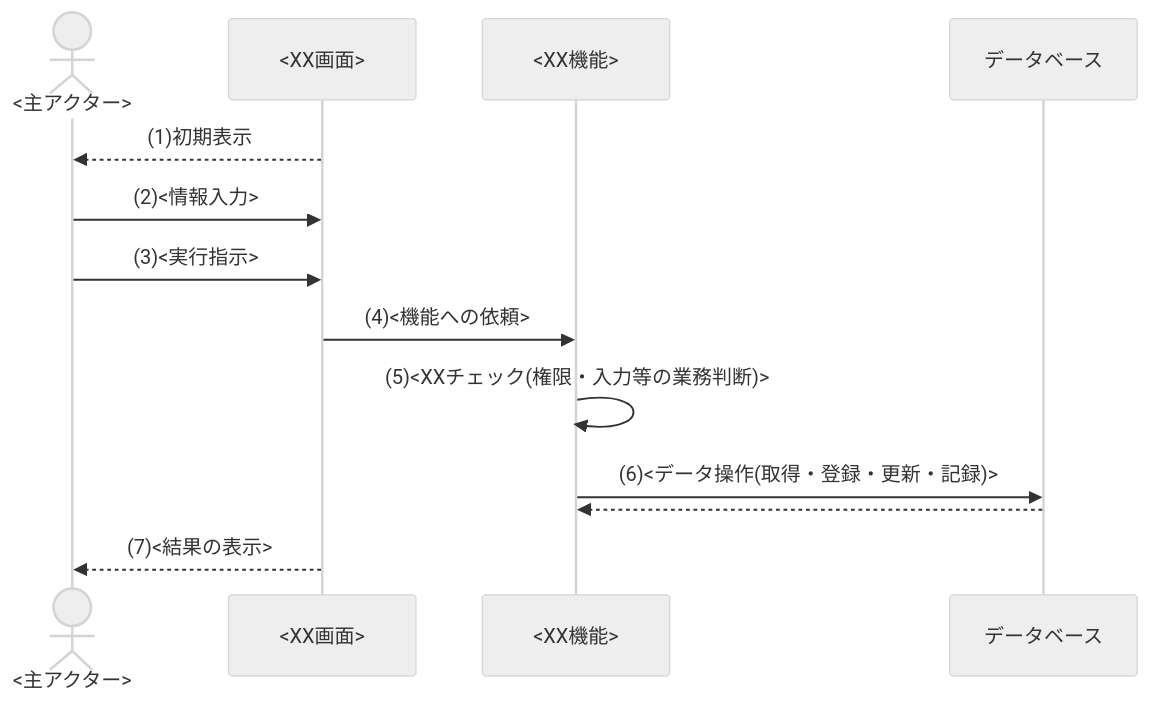
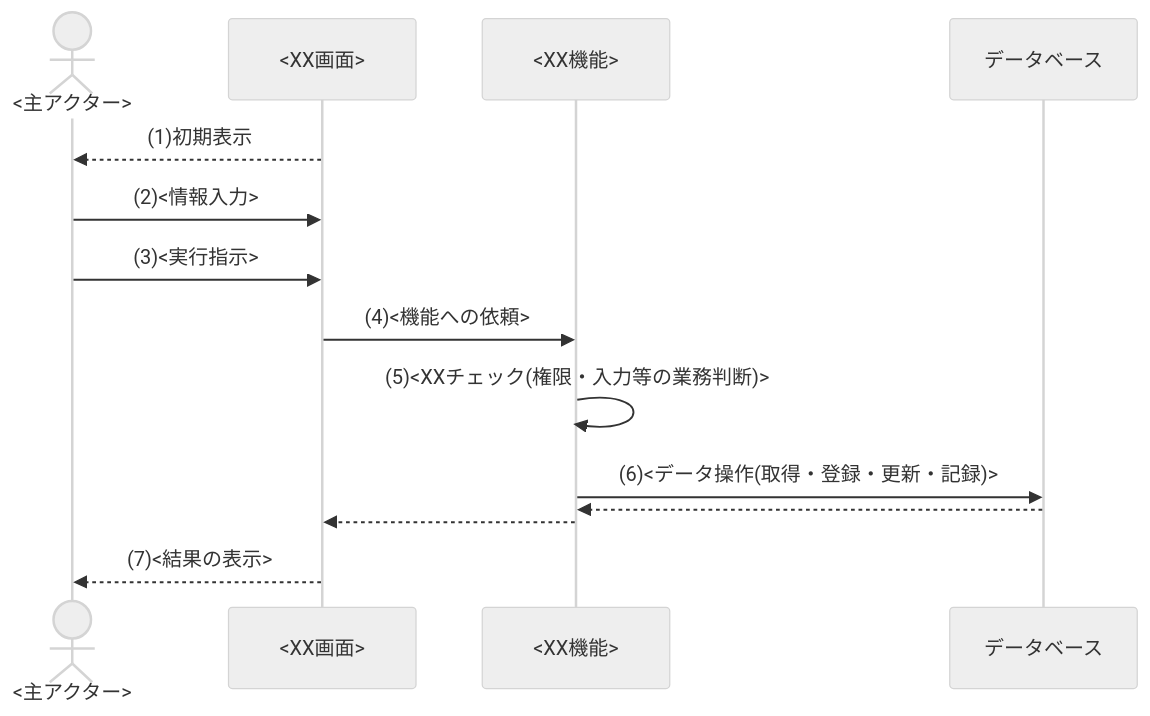
Before and after one commit to sikakou54/system-document-template: the first of 4 diagrams in テンプレート/02_機能要件.md, drawn with Mermaid (neutral theme). The commit also changed other lines of this file and 21 other files, not shown here.

````diff
--- a/テンプレート/02_機能要件.md
+++ b/テンプレート/02_機能要件.md
@@ -151,15 +151,16 @@
 ```mermaid
 sequenceDiagram
     actor U as <主アクター>
     participant SCR as <XX画面>
     participant FUNC as <XX機能>
     participant DB as データベース
     SCR-->>U: (1)初期表示
     U->>SCR: (2)<情報入力>
     U->>SCR: (3)<実行指示>
     SCR->>FUNC: (4)<機能への依頼>
     FUNC->>FUNC: (5)<XXチェック(権限・入力等の業務判断)>
     FUNC->>DB: (6)<データ操作(取得・登録・更新・記録)>
     DB-->>FUNC:
+    FUNC-->>SCR:
     SCR-->>U: (7)<結果の表示>
 ```
````
